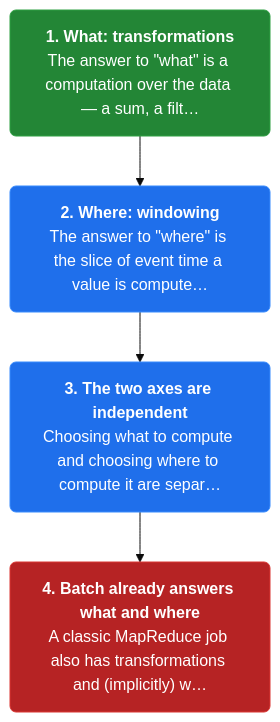
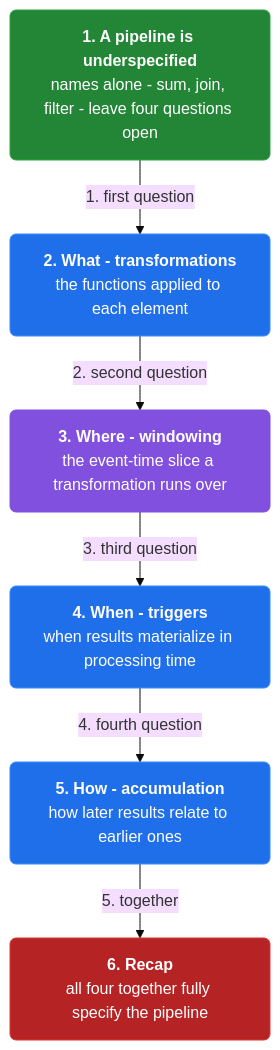
Before and after one commit to vinayakuber/streaming-systems-study-guide: the first of 19 diagrams in docs/ch02-the-what-where-when-and-how-of-data-processing.md, drawn with Mermaid (base theme). The commit also changed other lines of this file and 12 other files, not shown here.

First line of the commit message:
Author per-section and per-card mermaid diagrams (110 diagrams)

````diff
--- a/docs/ch02-the-what-where-when-and-how-of-data-processing.md
+++ b/docs/ch02-the-what-where-when-and-how-of-data-processing.md
@@ -13,13 +13,19 @@
 ```mermaid
 flowchart TD
-  classDef step fill:#1f6feb,color:#ffffff,stroke:#388bfd,stroke-width:1px,rx:6
+  classDef step fill:#1f6feb,color:#ffffff,stroke:#388bfd,rx:6
+  classDef core fill:#8250df,color:#ffffff,stroke:#8250df,rx:6
+  classDef warn fill:#d29922,color:#ffffff,stroke:#d29922,rx:6
   classDef start fill:#238636,color:#ffffff,stroke:#2ea043,rx:6
   classDef stop fill:#b62324,color:#ffffff,stroke:#da3633,rx:6
-  s0n0["<b>1. What: transformations</b><br/>The answer to #quot;what#quot; is a computation over the data — a sum, a filt…"]:::start
-  s0n1["<b>2. Where: windowing</b><br/>The answer to #quot;where#quot; is the slice of event time a value is compute…"]:::step
-  s0n2["<b>3. The two axes are independent</b><br/>Choosing what to compute and choosing where to compute it are separ…"]:::step
-  s0n3["<b>4. Batch already answers what and where</b><br/>A classic MapReduce job also has transformations and (implicitly) w…"]:::stop
-  s0n0 --> s0n1
-  s0n1 --> s0n2
-  s0n2 --> s0n3
+  n0["<b>1. A pipeline is underspecified</b><br/>names alone - sum, join, filter - leave four questions open"]:::start
+  n1["<b>2. What - transformations</b><br/>the functions applied to each element"]:::step
+  n2["<b>3. Where - windowing</b><br/>the event-time slice a transformation runs over"]:::core
+  n3["<b>4. When - triggers</b><br/>when results materialize in processing time"]:::step
+  n4["<b>5. How - accumulation</b><br/>how later results relate to earlier ones"]:::step
+  n5["<b>6. Recap</b><br/>all four together fully specify the pipeline"]:::stop
+  n0 -->|"1. first question"| n1
+  n1 -->|"2. second question"| n2
+  n2 -->|"3. third question"| n3
+  n3 -->|"4. fourth question"| n4
+  n4 -->|"5. together"| n5
 ```
````
